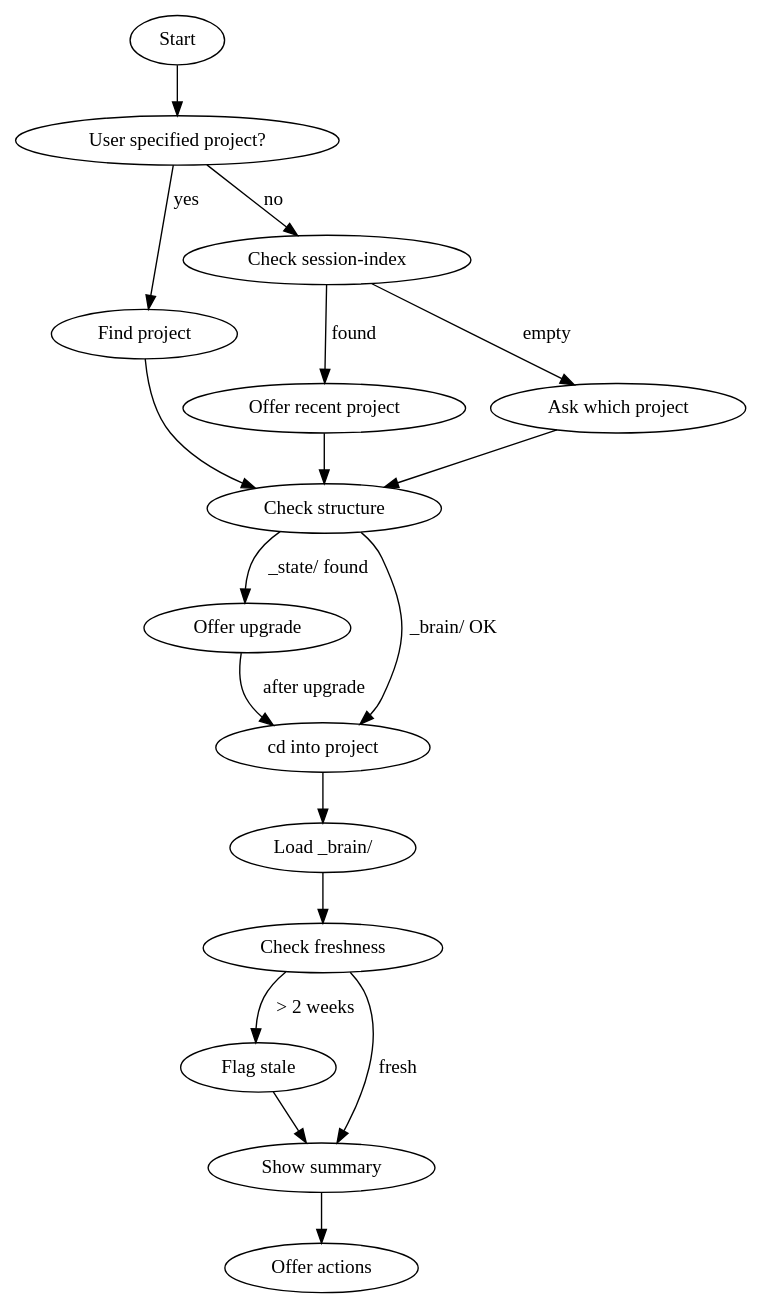
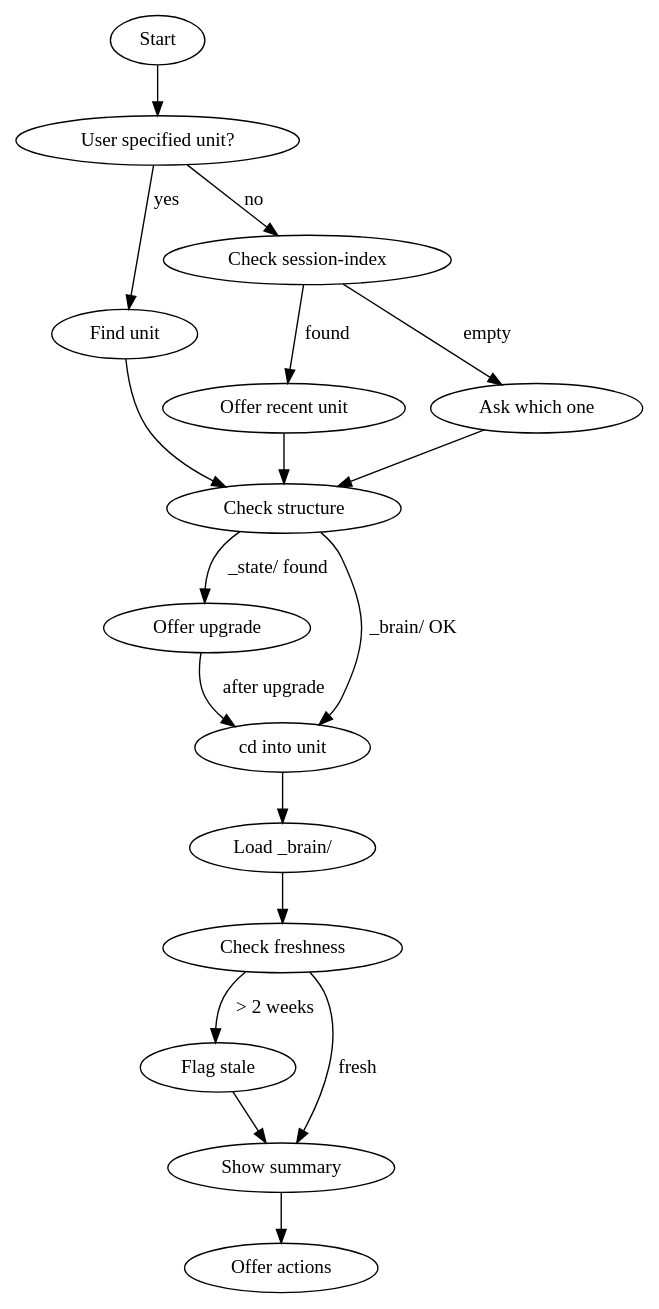
Before and after one commit to benslockedin/aliveskills: the diagram in skills/work/SKILL.md, drawn with Graphviz. The commit also changed other lines of this file and 35 other files, not shown here.

````diff
--- a/skills/work/SKILL.md
+++ b/skills/work/SKILL.md
@@ -55,21 +49,21 @@
 ```dot
 digraph do_flow {
-    "Start" -> "User specified project?";
-    "User specified project?" -> "Find project" [label="yes"];
-    "User specified project?" -> "Check session-index" [label="no"];
-    "Check session-index" -> "Offer recent project" [label="found"];
-    "Check session-index" -> "Ask which project" [label="empty"];
-    "Find project" -> "Check structure";
-    "Offer recent project" -> "Check structure";
-    "Ask which project" -> "Check structure";
+    "Start" -> "User specified unit?";
+    "User specified unit?" -> "Find unit" [label="yes"];
+    "User specified unit?" -> "Check session-index" [label="no"];
+    "Check session-index" -> "Offer recent unit" [label="found"];
+    "Check session-index" -> "Ask which one" [label="empty"];
+    "Find unit" -> "Check structure";
+    "Offer recent unit" -> "Check structure";
+    "Ask which one" -> "Check structure";
     "Check structure" -> "Offer upgrade" [label="_state/ found"];
-    "Check structure" -> "cd into project" [label="_brain/ OK"];
-    "Offer upgrade" -> "cd into project" [label="after upgrade"];
-    "cd into project" -> "Load _brain/";
+    "Check structure" -> "cd into unit" [label="_brain/ OK"];
+    "Offer upgrade" -> "cd into unit" [label="after upgrade"];
+    "cd into unit" -> "Load _brain/";
     "Load _brain/" -> "Check freshness";
     "Check freshness" -> "Flag stale" [label="> 2 weeks"];
     "Check freshness" -> "Show summary" [label="fresh"];
     "Flag stale" -> "Show summary";
     "Show summary" -> "Offer actions";
 }
 ```
````
